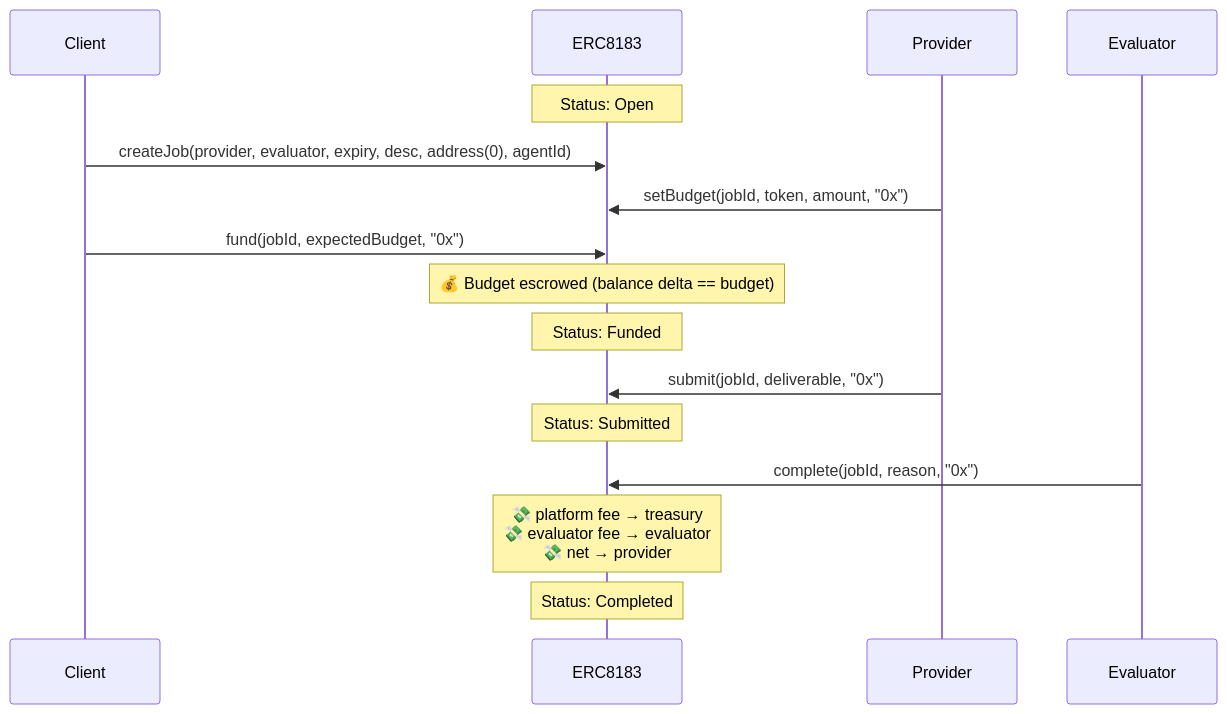
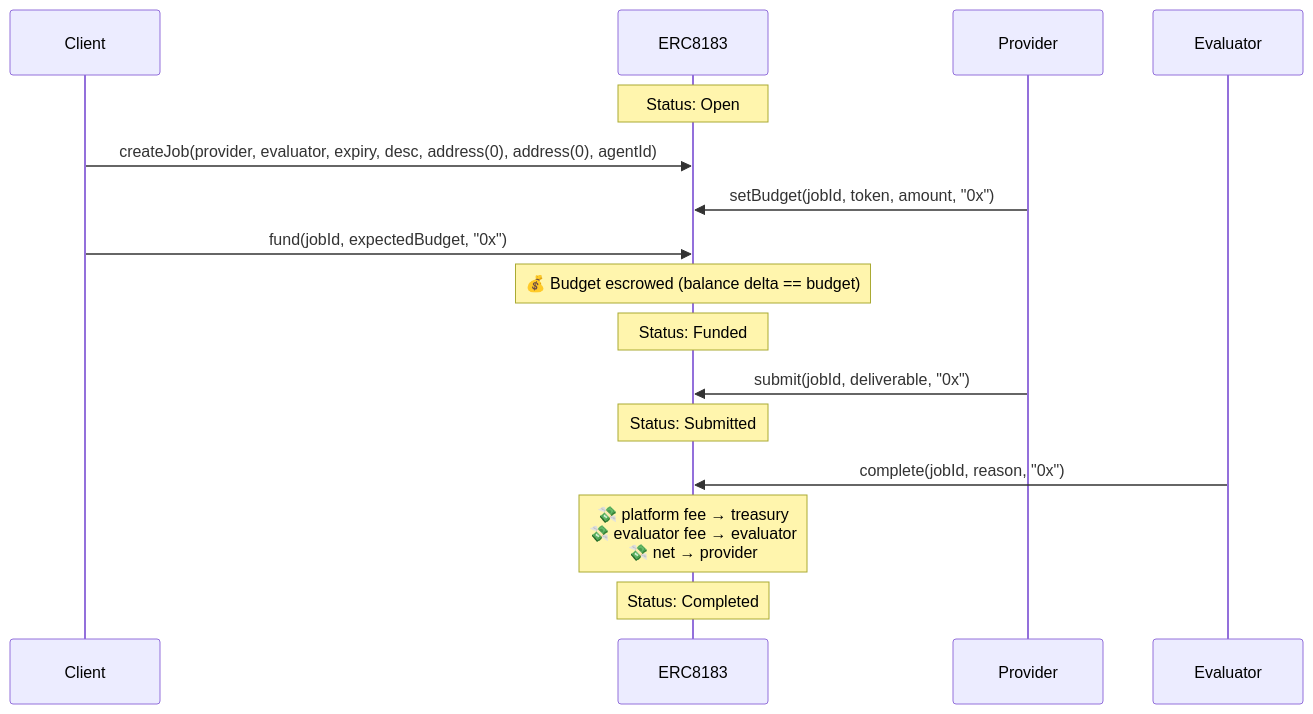
Before and after one commit to erc-8183/base-contracts: the second of 4 diagrams in docs/01-architecture.md, drawn with Mermaid. The commit also changed other lines of this file and 2 other files, not shown here.

````diff
--- a/docs/01-architecture.md
+++ b/docs/01-architecture.md
@@ -31,21 +31,21 @@
 ```mermaid
 sequenceDiagram
     participant C as Client
     participant AC as ERC8183
     participant P as Provider
     participant E as Evaluator
 
     Note over AC: Status: Open
-    C->>AC: createJob(provider, evaluator, expiry, desc, address(0), agentId)
+    C->>AC: createJob(provider, evaluator, expiry, desc, address(0), address(0), agentId)
     P->>AC: setBudget(jobId, token, amount, "0x")
     C->>AC: fund(jobId, expectedBudget, "0x")
     Note over AC: 💰 Budget escrowed (balance delta == budget)
     Note over AC: Status: Funded
 
     P->>AC: submit(jobId, deliverable, "0x")
     Note over AC: Status: Submitted
 
     E->>AC: complete(jobId, reason, "0x")
     Note over AC: 💸 platform fee → treasury<br/>💸 evaluator fee → evaluator<br/>💸 net → provider
     Note over AC: Status: Completed
 ```
````
